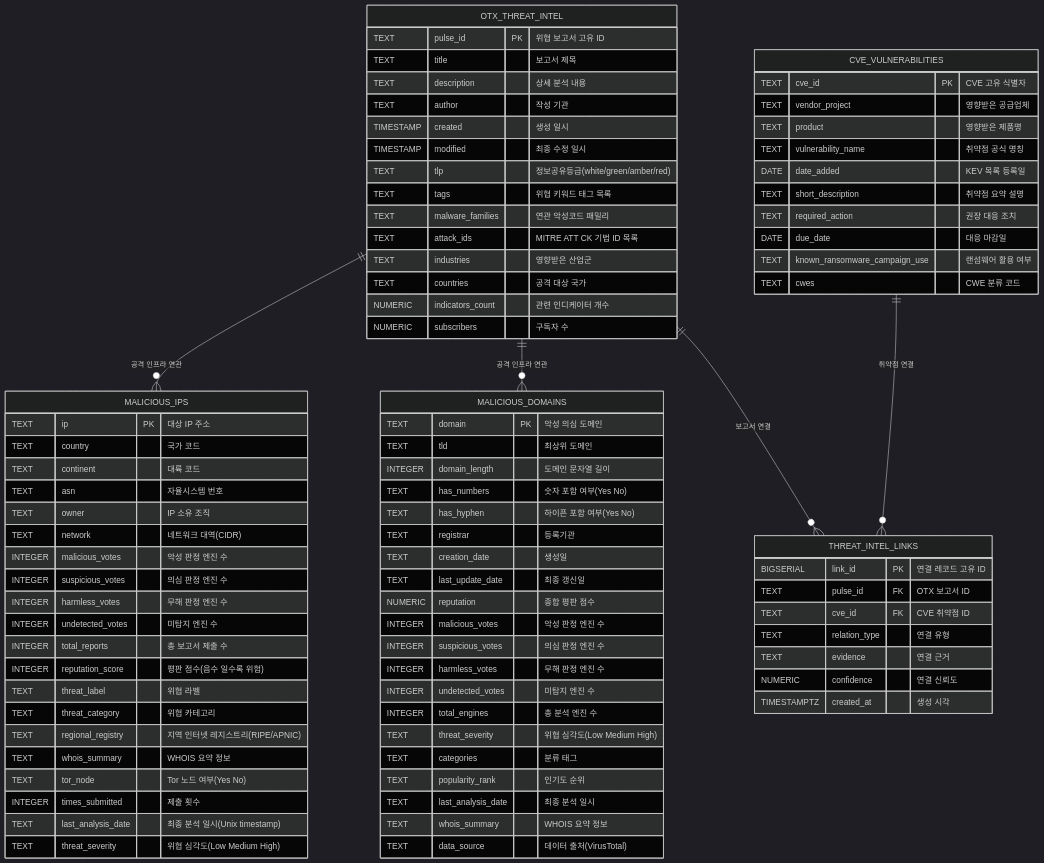
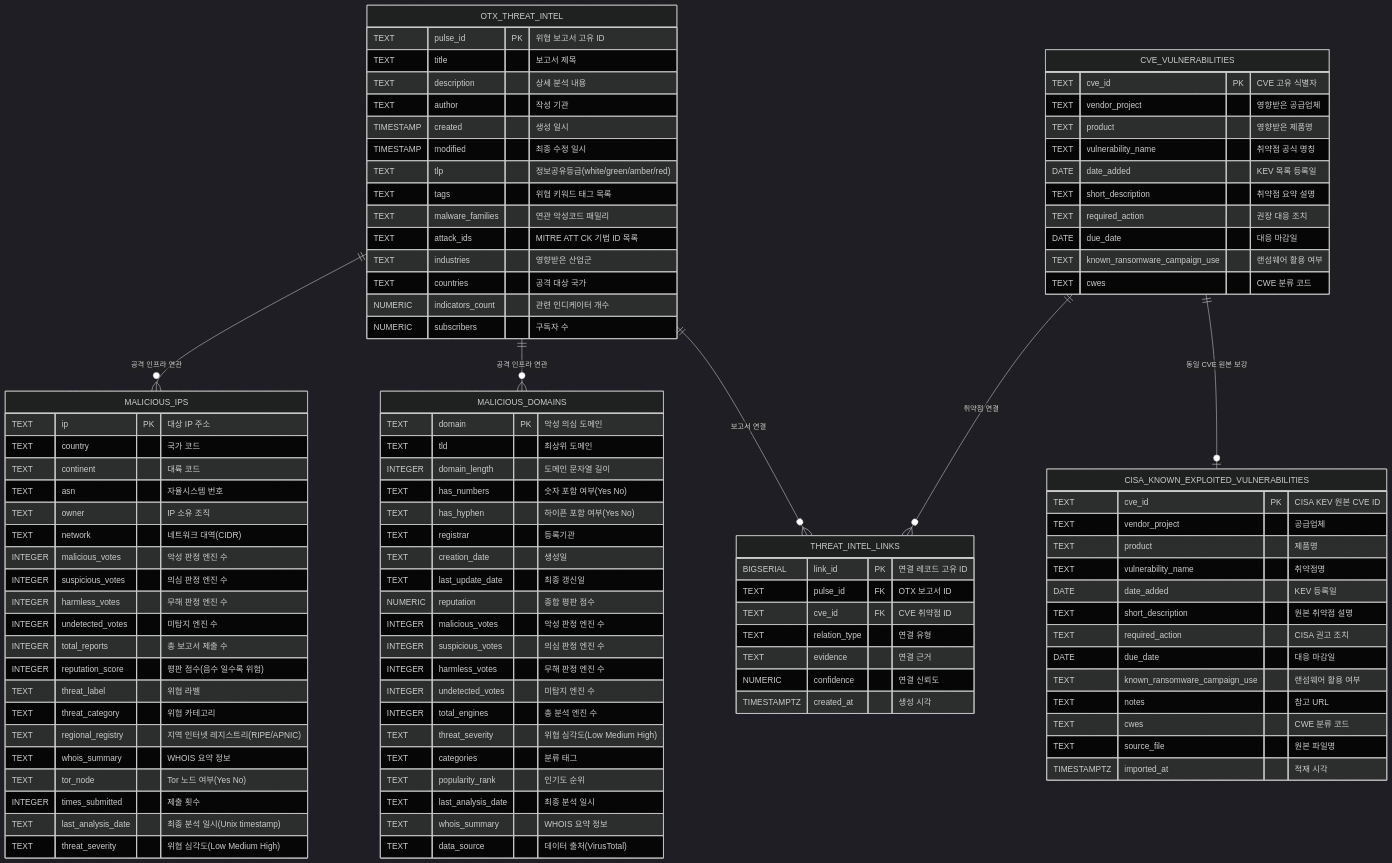
One commit to jazdr/threat-analysis-agent changed the diagram in docs/project_proposal.md. Above: the diagram before and after it, drawn with Mermaid (dark theme). The commit also changed other lines of this file and 3 other files, not shown here.

Commit message:
Document CISA KEV table in proposal schema

```diff
--- a/docs/project_proposal.md
+++ b/docs/project_proposal.md
@@ -21,6 +21,7 @@
     OTX_THREAT_INTEL ||--o{ MALICIOUS_DOMAINS : "공격 인프라 연관"
     OTX_THREAT_INTEL ||--o{ THREAT_INTEL_LINKS : "보고서 연결"
     CVE_VULNERABILITIES ||--o{ THREAT_INTEL_LINKS : "취약점 연결"
+    CVE_VULNERABILITIES ||--o| CISA_KNOWN_EXPLOITED_VULNERABILITIES : "동일 CVE 원본 보강"
 
     OTX_THREAT_INTEL {
         TEXT pulse_id PK "위협 보고서 고유 ID"
@@ -50,6 +51,22 @@
         DATE due_date "대응 마감일"
         TEXT known_ransomware_campaign_use "랜섬웨어 활용 여부"
         TEXT cwes "CWE 분류 코드"
+    }
+
+    CISA_KNOWN_EXPLOITED_VULNERABILITIES {
+        TEXT cve_id PK "CISA KEV 원본 CVE ID"
+        TEXT vendor_project "공급업체"
+        TEXT product "제품명"
+        TEXT vulnerability_name "취약점명"
+        DATE date_added "KEV 등록일"
+        TEXT short_description "원본 취약점 설명"
+        TEXT required_action "CISA 권고 조치"
+        DATE due_date "대응 마감일"
+        TEXT known_ransomware_campaign_use "랜섬웨어 활용 여부"
+        TEXT notes "참고 URL"
+        TEXT cwes "CWE 분류 코드"
+        TEXT source_file "원본 파일명"
+        TIMESTAMPTZ imported_at "적재 시각"
     }
 
     THREAT_INTEL_LINKS {
```
